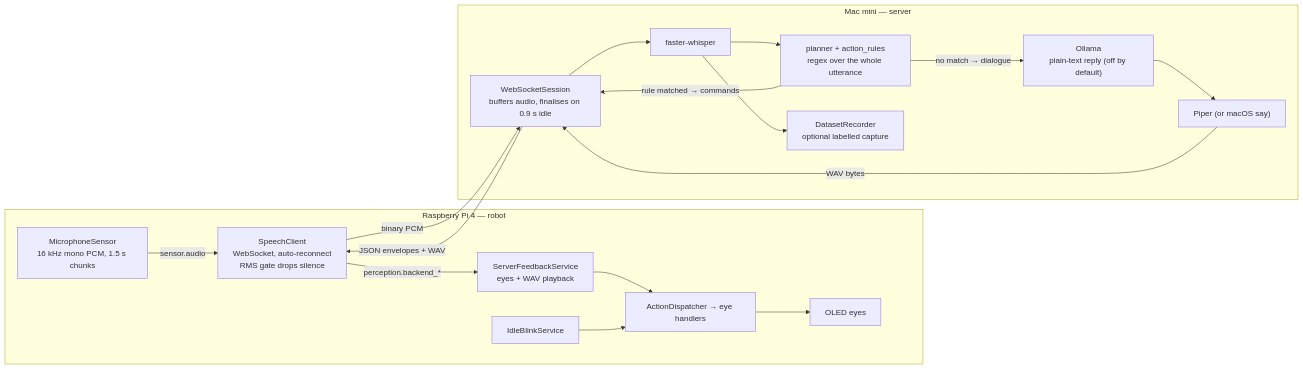
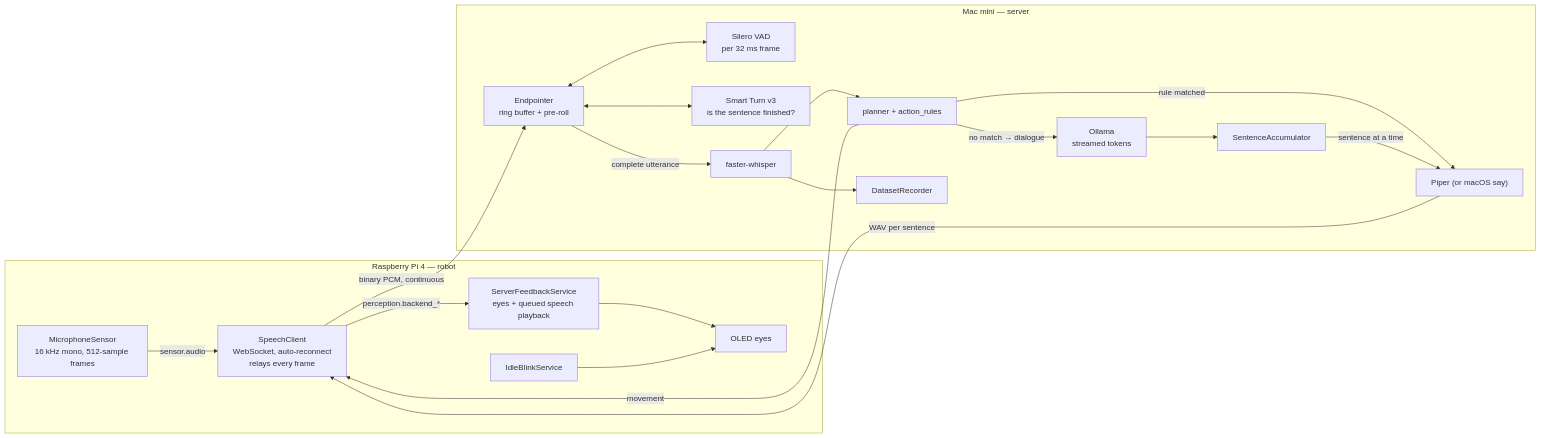
Before and after one commit to Vlad-Andres/companion-robot-eva: the diagram in docs/architecture.md, drawn with Mermaid. The commit also changed other lines of this file and 4 other files, not shown here.

````diff
--- a/docs/architecture.md
+++ b/docs/architecture.md
@@ -19,36 +19,40 @@
 ```mermaid
 flowchart LR
 
   subgraph PI["Raspberry Pi 4 — robot"]
-    MIC["MicrophoneSensor<br/>16 kHz mono PCM, 1.5 s chunks"]
-    SC["SpeechClient<br/>WebSocket, auto-reconnect<br/>RMS gate drops silence"]
-    FB["ServerFeedbackService<br/>eyes + WAV playback"]
-    DISP["ActionDispatcher → eye handlers"]
+    MIC["MicrophoneSensor<br/>16 kHz mono, 512-sample frames"]
+    SC["SpeechClient<br/>WebSocket, auto-reconnect<br/>relays every frame"]
+    FB["ServerFeedbackService<br/>eyes + queued speech playback"]
     EYE["OLED eyes"]
     BLINK["IdleBlinkService"]
   end
 
   subgraph MAC["Mac mini — server"]
-    WS["WebSocketSession<br/>buffers audio, finalises on 0.9 s idle"]
+    EP["Endpointer<br/>ring buffer + pre-roll"]
+    VAD["Silero VAD<br/>per 32 ms frame"]
+    TURN["Smart Turn v3<br/>is the sentence finished?"]
     STT["faster-whisper"]
-    PLAN["planner + action_rules<br/>regex over the whole utterance"]
-    LLM["Ollama<br/>plain-text reply (off by default)"]
+    PLAN["planner + action_rules"]
+    LLM["Ollama<br/>streamed tokens"]
+    SENT["SentenceAccumulator"]
     TTS["Piper (or macOS say)"]
-    REC["DatasetRecorder<br/>optional labelled capture"]
+    REC["DatasetRecorder"]
   end
 
   MIC -->|"sensor.audio"| SC
-  SC -->|"binary PCM"| WS
-  WS --> STT
+  SC -->|"binary PCM, continuous"| EP
+  EP <--> VAD
+  EP <--> TURN
+  EP -->|"complete utterance"| STT
   STT --> PLAN
   STT --> REC
-  PLAN -->|"rule matched → commands"| WS
+  PLAN -->|"rule matched"| TTS
+  PLAN -->|"movement"| SC
   PLAN -->|"no match → dialogue"| LLM
-  LLM --> TTS
-  TTS -->|"WAV bytes"| WS
-  WS -->|"JSON envelopes + WAV"| SC
+  LLM --> SENT
+  SENT -->|"sentence at a time"| TTS
+  TTS -->|"WAV per sentence"| SC
   SC -->|"perception.backend_*"| FB
-  FB --> DISP
-  DISP --> EYE
-  BLINK --> DISP
+  FB --> EYE
+  BLINK --> EYE
 ```
````
